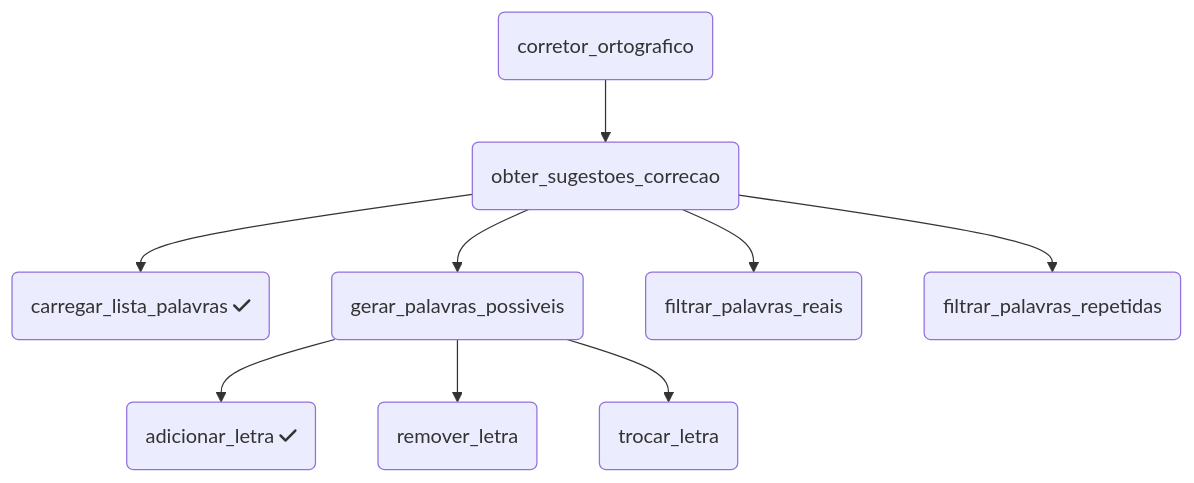
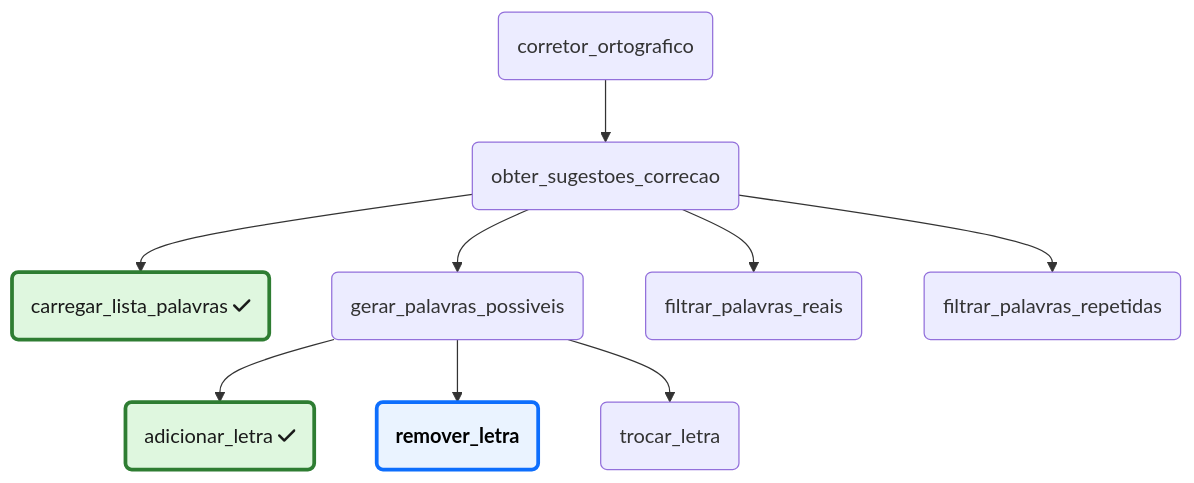
Before and after one commit to ufla-pasia/pasia-slides: the seventh of 11 diagrams in aula_t4.qmd, drawn with Mermaid. The commit also changed other lines of this file and 2 other files, not shown here.

Commit message:
t4: melhorias diagramas e outros

````diff
--- a/aula_t4.qmd
+++ b/aula_t4.qmd
@@ -748,11 +774,18 @@
 ```{mermaid}
 flowchart TD
   A(corretor_ortografico) --> B(obter_sugestoes_correcao)
   B --> C1(carregar_lista_palavras fa:fa-check)
   B --> C2(gerar_palavras_possiveis)
   C2 --> D1(adicionar_letra fa:fa-check)
   C2 --> D2(remover_letra)
   C2 --> D3(trocar_letra)
   B --> C3(filtrar_palavras_reais)
   B --> C4(filtrar_palavras_repetidas)
+
+  classDef Concluido fill:#dff7df,stroke:#2e7d32,stroke-width:3px,color:#1a1a1a;
+  class C1 Concluido;
+  class D1 Concluido;
+
+  classDef Foco fill:#eaf3ff,stroke:#0d6efd,stroke-width:3px,color:#000,font-weight:bold
+  class D2 Foco;
 ```
````
